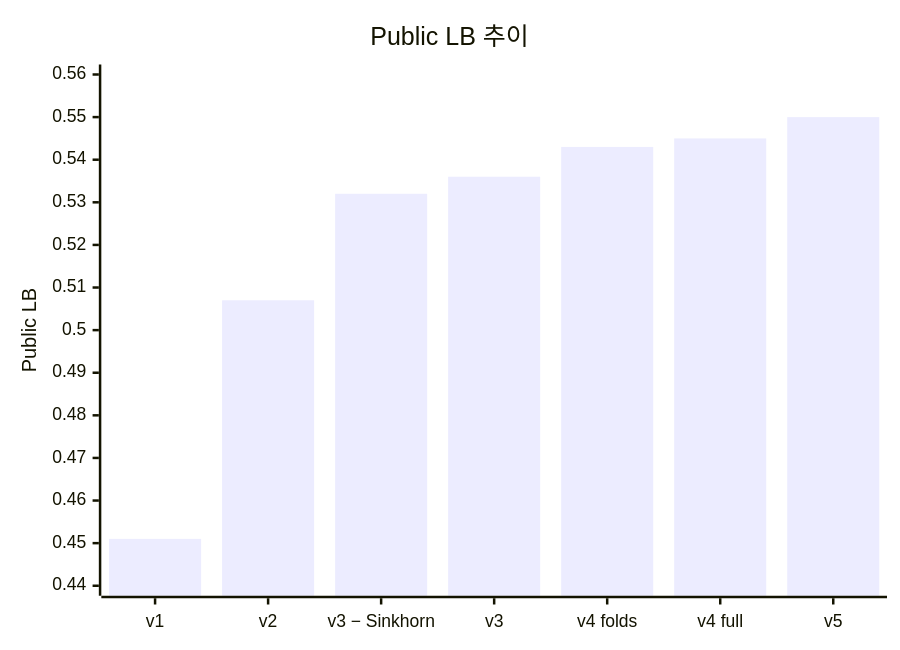
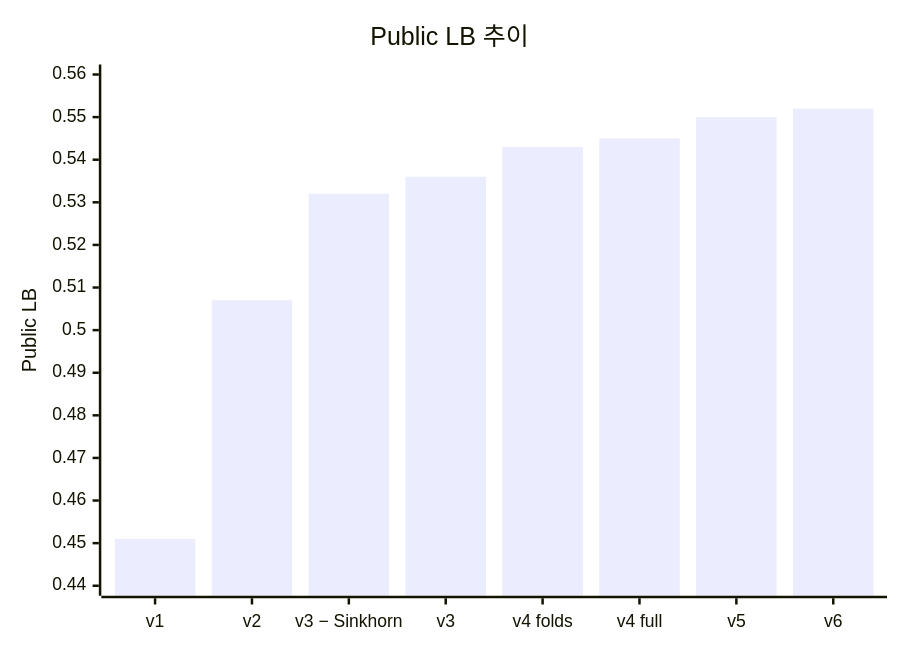
The first of 2 diagrams in EXPERIMENTS.md (Lee-Jungwoo/name-that-llm), drawn with Mermaid before and after one commit. The commit also changed other lines of this file and 8 other files, not shown here.

````diff
--- a/EXPERIMENTS.md
+++ b/EXPERIMENTS.md
@@ -22,7 +23,7 @@
 ```mermaid
 xychart-beta
     title "Public LB 추이"
-    x-axis ["v1", "v2", "v3 − Sinkhorn", "v3", "v4 folds", "v4 full", "v5"]
+    x-axis ["v1", "v2", "v3 − Sinkhorn", "v3", "v4 folds", "v4 full", "v5", "v6"]
     y-axis "Public LB" 0.44 --> 0.56
-    bar [0.451, 0.507, 0.532, 0.536, 0.543, 0.545, 0.550]
+    bar [0.451, 0.507, 0.532, 0.536, 0.543, 0.545, 0.550, 0.552]
 ```
````
